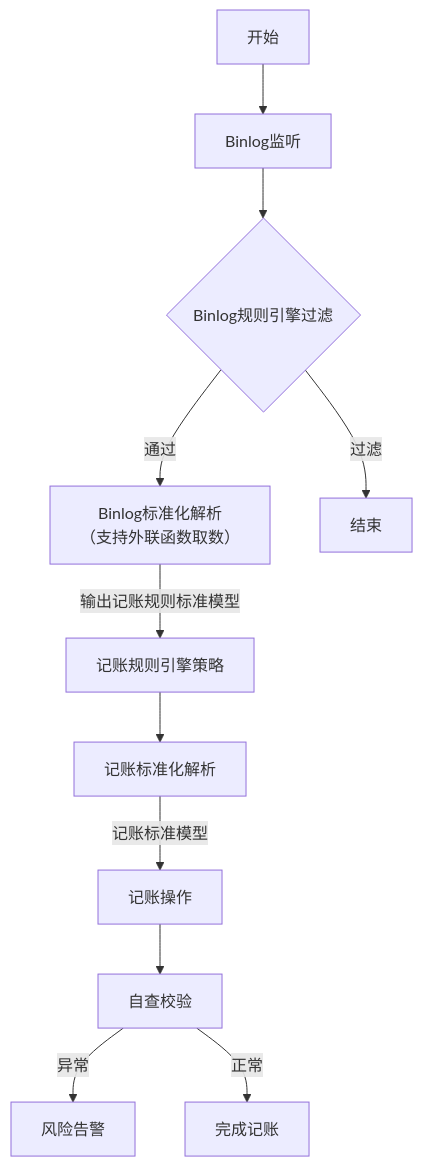
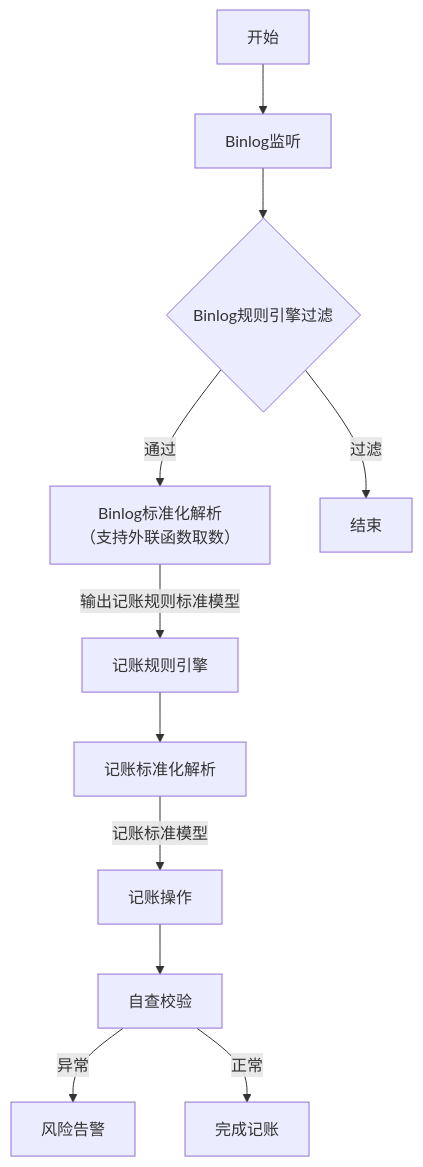
One commit to 87828943/iodraw-files changed the diagram in all/记账架构流程图.md. Above: the diagram before and after it, drawn with Mermaid.

Commit message:
2025-07-07 14:54:39 update

````diff
--- a/all/记账架构流程图.md
+++ b/all/记账架构流程图.md
@@ -1,14 +1,14 @@
 ```mermaid
 graph TD
     Z[开始] --> A
     A[Binlog监听] --> B{Binlog规则引擎过滤}
     B -->|通过| C[Binlog标准化解析
     （支持外联函数取数）]
     B -->|过滤| K[结束]
-    C --> |输出记账规则标准模型|D[记账规则引擎策略]
+    C --> |输出记账规则标准模型|D[记账规则引擎]
     D --> E[记账标准化解析]
     E --> |记账标准模型|F[记账操作]
     F --> G[自查校验]
     G -->|异常| H[风险告警]
     G -->|正常| I[完成记账]
 ```
````
